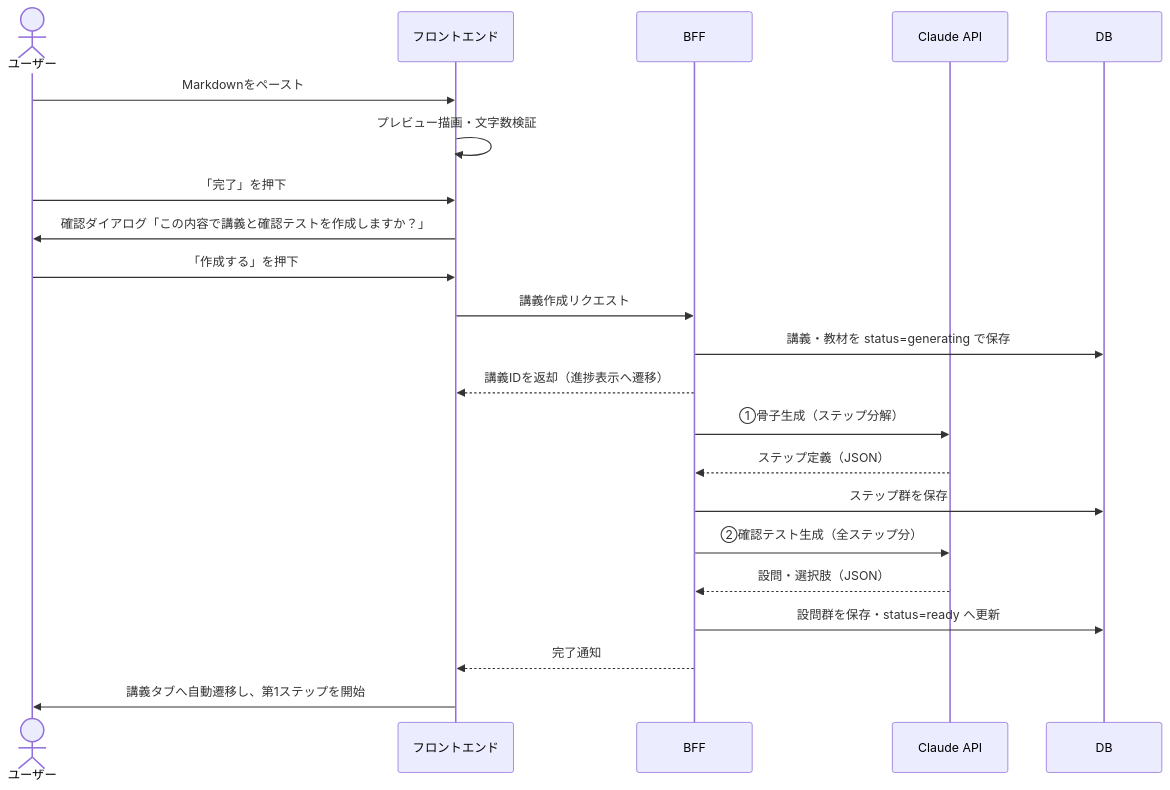
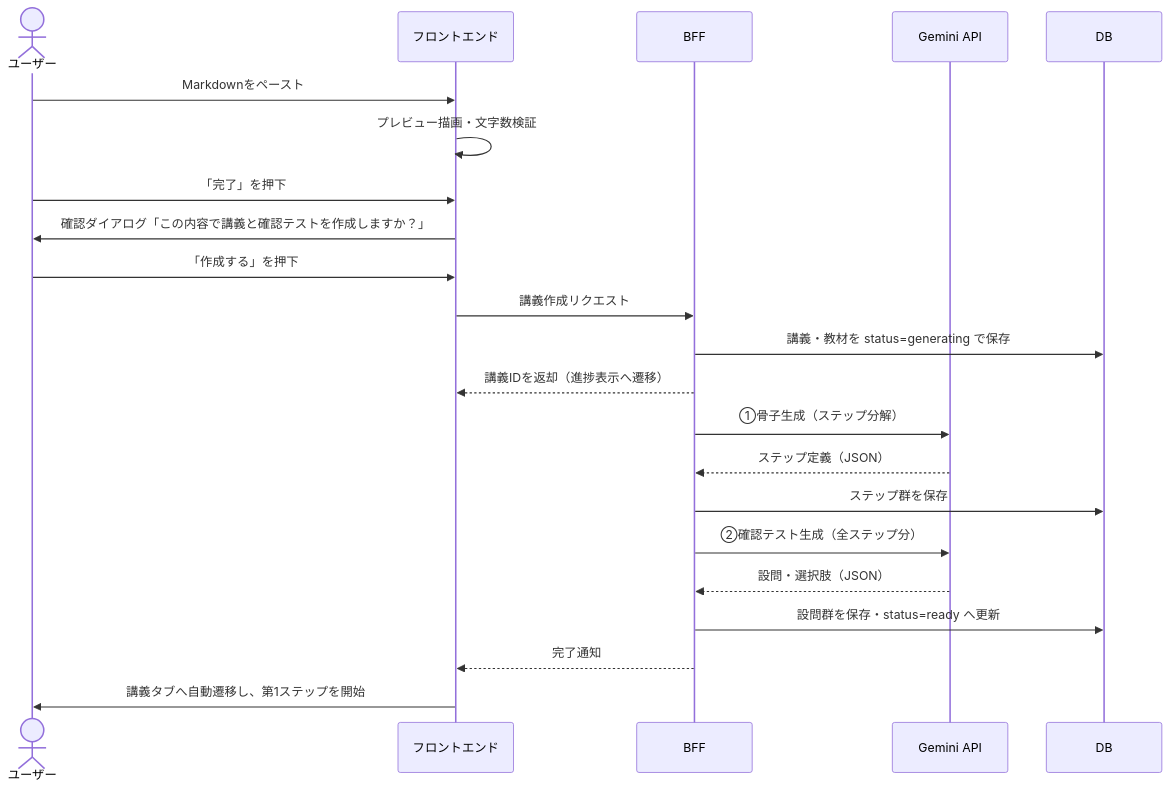
The second of 5 diagrams in REQUIREMENTS.md (pinshypinshy/ai-koushi), drawn with Mermaid before and after one commit. The commit also changed other lines of this file, not shown here.

````diff
--- a/REQUIREMENTS.md
+++ b/REQUIREMENTS.md
@@ -792,25 +792,25 @@
 ```mermaid
 sequenceDiagram
     actor U as ユーザー
     participant F as フロントエンド
     participant B as BFF
-    participant AI as Claude API
+    participant AI as Gemini API
     participant DB as DB
 
     U->>F: Markdownをペースト
     F->>F: プレビュー描画・文字数検証
     U->>F: 「完了」を押下
     F->>U: 確認ダイアログ「この内容で講義と確認テストを作成しますか？」
     U->>F: 「作成する」を押下
     F->>B: 講義作成リクエスト
     B->>DB: 講義・教材を status=generating で保存
     B-->>F: 講義IDを返却（進捗表示へ遷移）
     B->>AI: ①骨子生成（ステップ分解）
     AI-->>B: ステップ定義（JSON）
     B->>DB: ステップ群を保存
     B->>AI: ②確認テスト生成（全ステップ分）
     AI-->>B: 設問・選択肢（JSON）
     B->>DB: 設問群を保存・status=ready へ更新
     B-->>F: 完了通知
     F->>U: 講義タブへ自動遷移し、第1ステップを開始
 ```
````
